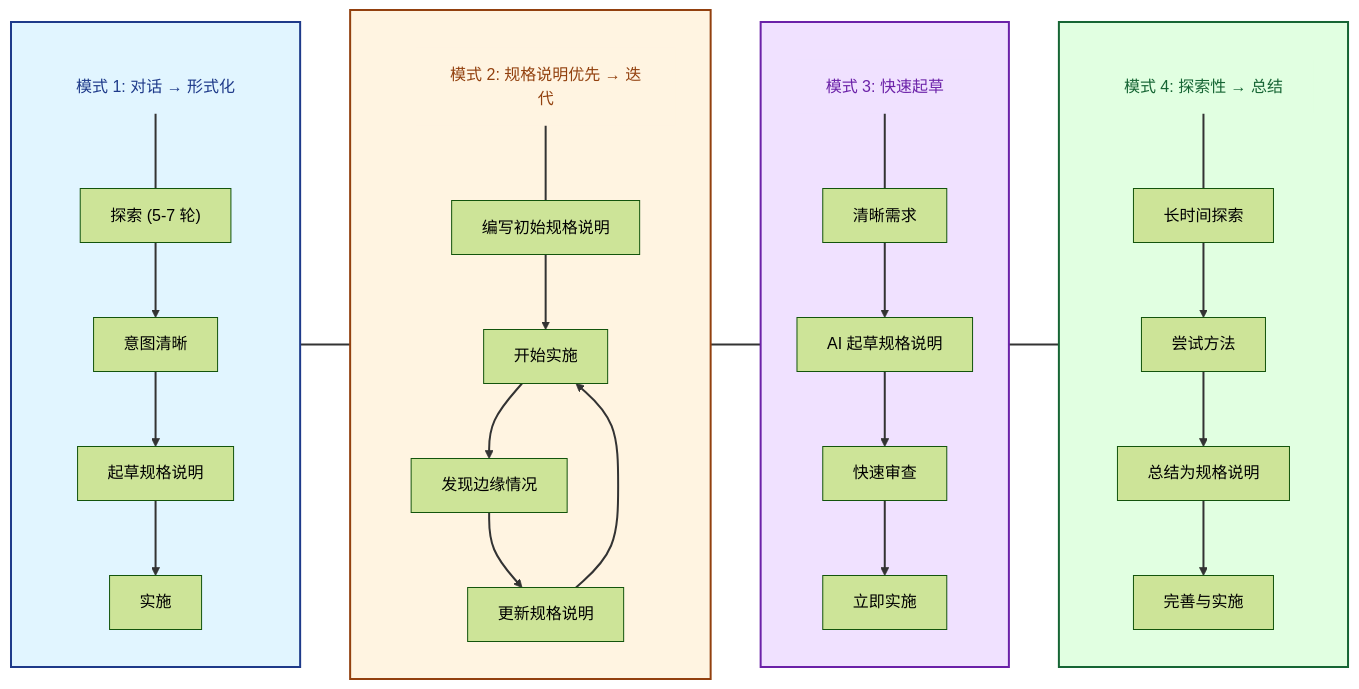
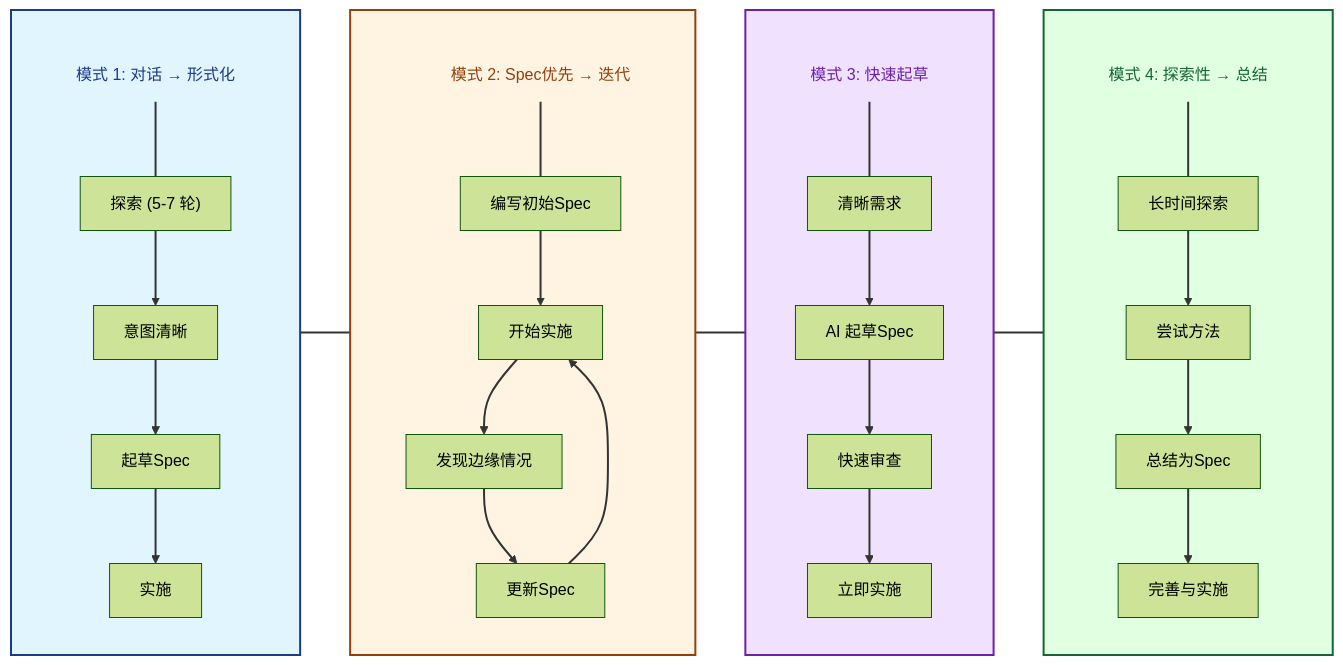
The third of 4 diagrams in i18n/zh-Hans/docusaurus-plugin-content-docs/current/advanced/ai-assisted-spec-writing.mdx (codervisor/lean-spec-docs), drawn with Mermaid (forest theme) before and after one commit. The commit also changed other lines of this file and 42 other files, not shown here.

````diff
--- a/i18n/zh-Hans/docusaurus-plugin-content-docs/current/advanced/ai-assisted-spec-writing.mdx
+++ b/i18n/zh-Hans/docusaurus-plugin-content-docs/current/advanced/ai-assisted-spec-writing.mdx
@@ -169,55 +169,55 @@
 ```mermaid
 graph LR
     subgraph P1[" "]
         direction TB
         P1T["模式 1: 对话 → 形式化"]
         P1A["探索 (5-7 轮)"] --> P1B["意图清晰"]
-        P1B --> P1C["起草规格说明"]
+        P1B --> P1C["起草Spec"]
         P1C --> P1D["实施"]
         P1T ~~~ P1A
     end
     
     subgraph P2[" "]
         direction TB
-        P2T["模式 2: 规格说明优先 → 迭代"]
-        P2A["编写初始规格说明"] --> P2B["开始实施"]
+        P2T["模式 2: Spec优先 → 迭代"]
+        P2A["编写初始Spec"] --> P2B["开始实施"]
         P2B --> P2C["发现边缘情况"]
-        P2C --> P2D["更新规格说明"]
+        P2C --> P2D["更新Spec"]
         P2D --> P2B
         P2T ~~~ P2A
     end
     
     subgraph P3[" "]
         direction TB
         P3T["模式 3: 快速起草"]
-        P3A["清晰需求"] --> P3B["AI 起草规格说明"]
+        P3A["清晰需求"] --> P3B["AI 起草Spec"]
         P3B --> P3C["快速审查"]
         P3C --> P3D["立即实施"]
         P3T ~~~ P3A
     end
     
     subgraph P4[" "]
         direction TB
         P4T["模式 4: 探索性 → 总结"]
         P4A["长时间探索"] --> P4B["尝试方法"]
-        P4B --> P4C["总结为规格说明"]
+        P4B --> P4C["总结为Spec"]
         P4C --> P4D["完善与实施"]
         P4T ~~~ P4A
     end
     
     P1 ~~~ P2
     P2 ~~~ P3
     P3 ~~~ P4
     
     style P1 fill:#e1f5ff,stroke:#1e3a8a,stroke-width:2px
     style P2 fill:#fff4e1,stroke:#92400e,stroke-width:2px
     style P3 fill:#f0e1ff,stroke:#6b21a8,stroke-width:2px
     style P4 fill:#e1ffe1,stroke:#166534,stroke-width:2px
     
     style P1T fill:#e1f5ff,stroke:none,color:#1e3a8a
     style P2T fill:#fff4e1,stroke:none,color:#92400e
     style P3T fill:#f0e1ff,stroke:none,color:#6b21a8
     style P4T fill:#e1ffe1,stroke:none,color:#166534
     
     linkStyle default stroke:#333,stroke-width:2px
 ```
````
